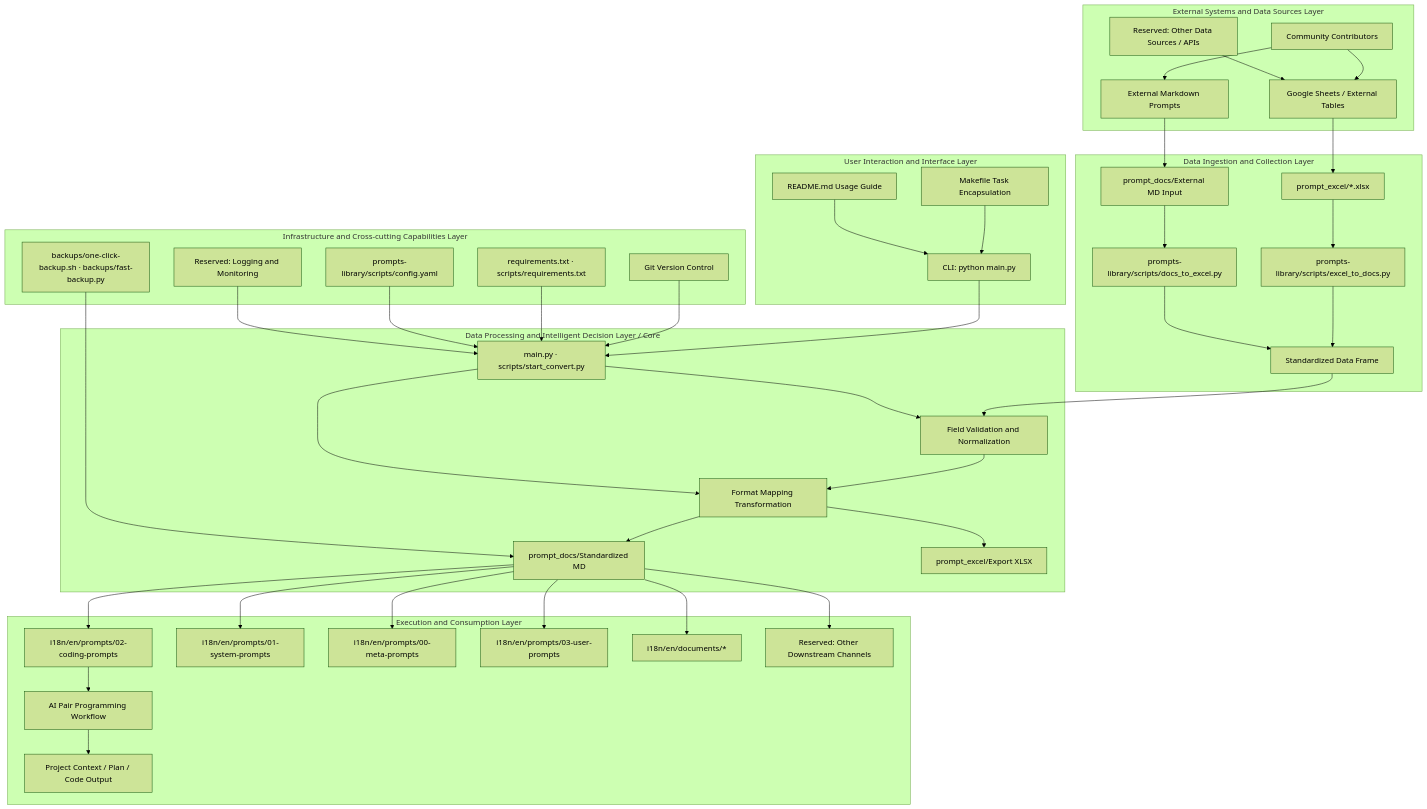
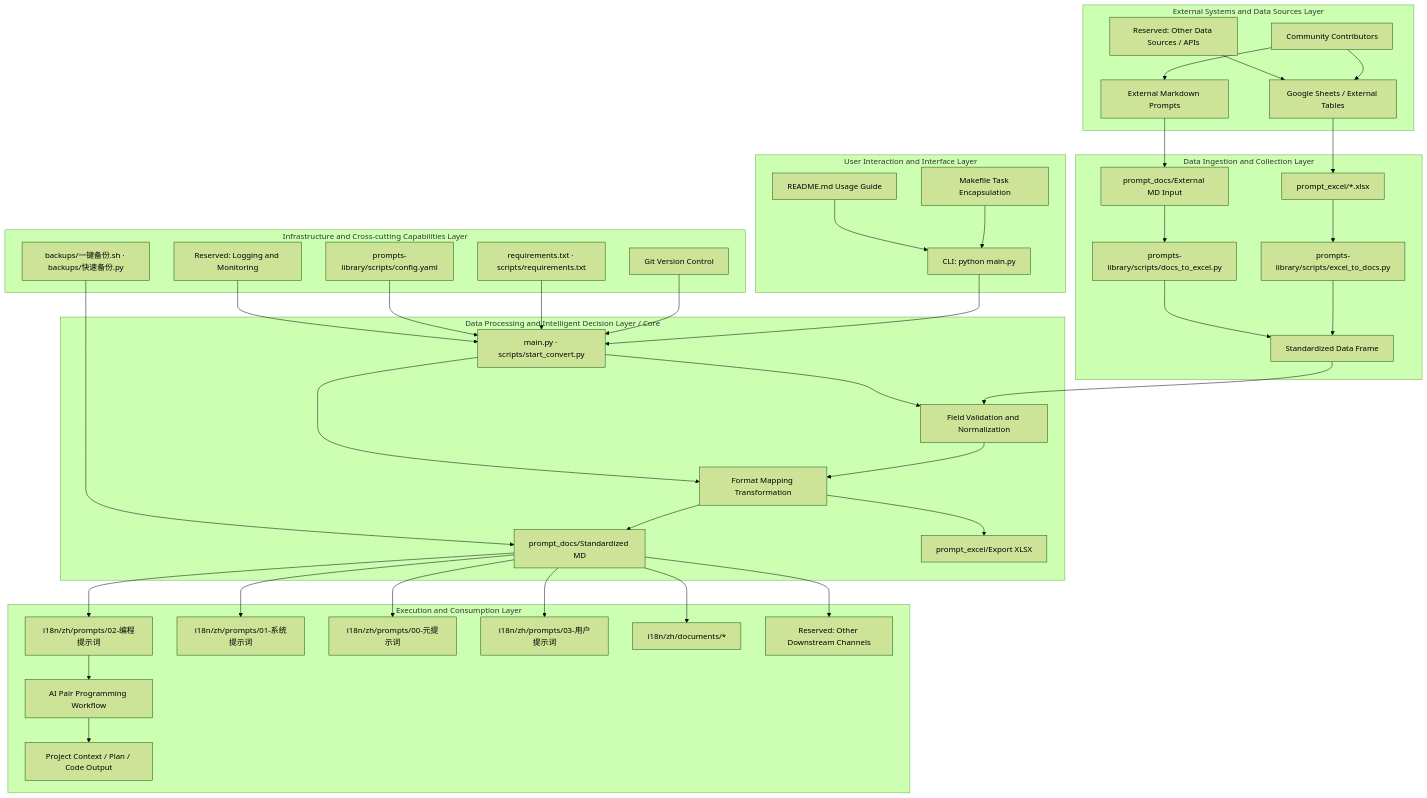
Before and after one commit to cliffwoodave14/vibe-coding-cn: the first of 2 diagrams in i18n/en/README.md, drawn with Mermaid (forest theme). The commit also changed other lines of this file and 112 other files, not shown here.

````diff
--- a/i18n/en/README.md
+++ b/i18n/en/README.md
@@ -410,62 +464,62 @@
 ```mermaid
 graph TB
   %% GitHub compatible simplified version (using only basic syntax)
 
   subgraph ext_layer[External Systems and Data Sources Layer]
     ext_contrib[Community Contributors]
     ext_sheet[Google Sheets / External Tables]
     ext_md[External Markdown Prompts]
     ext_api[Reserved: Other Data Sources / APIs]
     ext_contrib --> ext_sheet
     ext_contrib --> ext_md
     ext_api --> ext_sheet
   end
 
   subgraph ingest_layer[Data Ingestion and Collection Layer]
     excel_raw[prompt_excel/*.xlsx]
     md_raw[prompt_docs/External MD Input]
     excel_to_docs[prompts-library/scripts/excel_to_docs.py]
     docs_to_excel[prompts-library/scripts/docs_to_excel.py]
     ingest_bus[Standardized Data Frame]
     ext_sheet --> excel_raw
     ext_md --> md_raw
     excel_raw --> excel_to_docs
     md_raw --> docs_to_excel
     excel_to_docs --> ingest_bus
     docs_to_excel --> ingest_bus
   end
 
   subgraph core_layer[Data Processing and Intelligent Decision Layer / Core]
     ingest_bus --> validate[Field Validation and Normalization]
     validate --> transform[Format Mapping Transformation]
     transform --> artifacts_md[prompt_docs/Standardized MD]
     transform --> artifacts_xlsx[prompt_excel/Export XLSX]
     orchestrator[main.py · scripts/start_convert.py] --> validate
     orchestrator --> transform
   end
 
   subgraph consume_layer[Execution and Consumption Layer]
-    artifacts_md --> catalog_coding[i18n/en/prompts/02-coding-prompts]
-    artifacts_md --> catalog_system[i18n/en/prompts/01-system-prompts]
-    artifacts_md --> catalog_meta[i18n/en/prompts/00-meta-prompts]
-    artifacts_md --> catalog_user[i18n/en/prompts/03-user-prompts]
-    artifacts_md --> docs_repo[i18n/en/documents/*]
+    artifacts_md --> catalog_coding[i18n/zh/prompts/02-编程提示词]
+    artifacts_md --> catalog_system[i18n/zh/prompts/01-系统提示词]
+    artifacts_md --> catalog_meta[i18n/zh/prompts/00-元提示词]
+    artifacts_md --> catalog_user[i18n/zh/prompts/03-用户提示词]
+    artifacts_md --> docs_repo[i18n/zh/documents/*]
     artifacts_md --> new_consumer[Reserved: Other Downstream Channels]
     catalog_coding --> ai_flow[AI Pair Programming Workflow]
     ai_flow --> deliverables[Project Context / Plan / Code Output]
   end
 
   subgraph ux_layer[User Interaction and Interface Layer]
     cli[CLI: python main.py] --> orchestrator
     makefile[Makefile Task Encapsulation] --> cli
     readme[README.md Usage Guide] --> cli
   end
 
   subgraph infra_layer[Infrastructure and Cross-cutting Capabilities Layer]
     git[Git Version Control] --> orchestrator
-    backups[backups/one-click-backup.sh · backups/fast-backup.py] --> artifacts_md
+    backups[backups/一键备份.sh · backups/快速备份.py] --> artifacts_md
     deps[requirements.txt · scripts/requirements.txt] --> orchestrator
     config[prompts-library/scripts/config.yaml] --> orchestrator
     monitor[Reserved: Logging and Monitoring] --> orchestrator
   end
 ```
````
